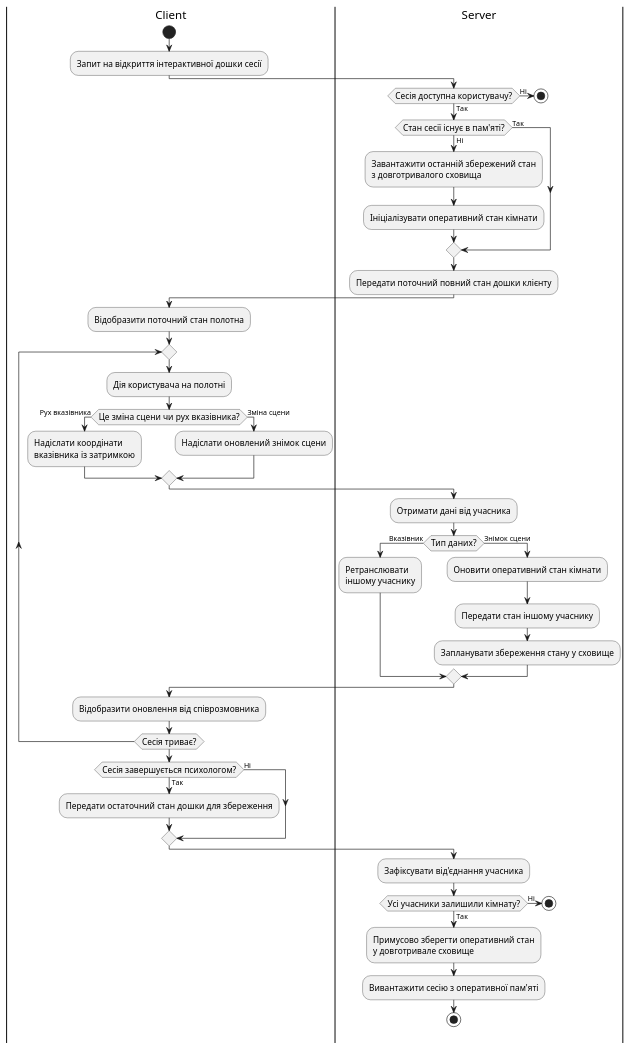
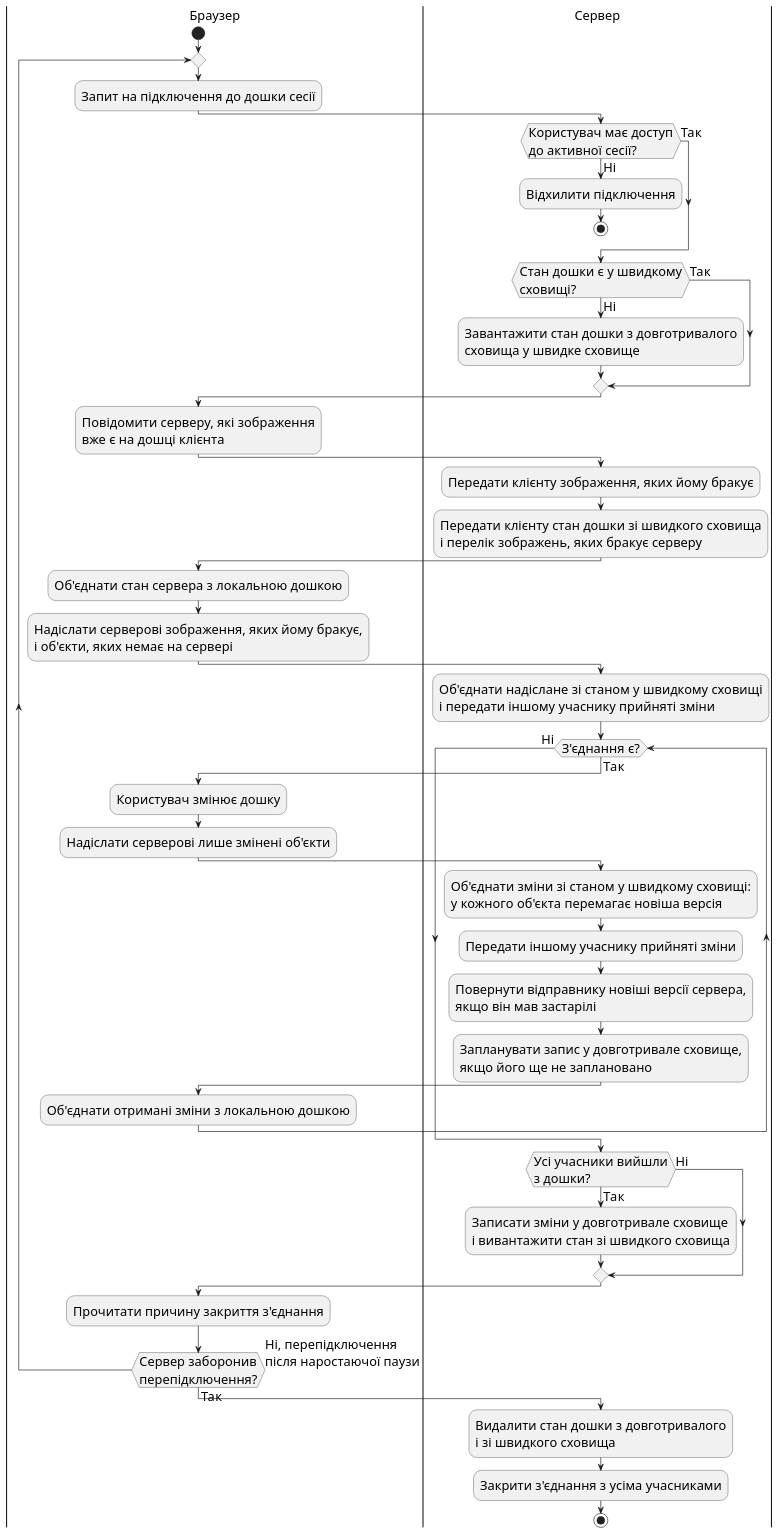
Before and after one commit to ArtemSmotritel/psycho: the diagram in docs/diagrams/specs/dodatok-K-whiteboard-activity.md, drawn with PlantUML. The commit also changed other lines of this file and 49 other files, not shown here.

```diff
--- a/docs/diagrams/specs/dodatok-K-whiteboard-activity.md
+++ b/docs/diagrams/specs/dodatok-K-whiteboard-activity.md
@@ -45,68 +17,70 @@
 @startuml
-skinparam ActivityFontSize 13
-skinparam SwimlaneHeaderFontSize 15
+skinparam defaultFontSize 20
 
-' --- 1. ІНІЦІАЛІЗАЦІЯ ТА КОНТРОЛЬ ДОСТУПУ ---
-swimlane Client
+|Браузер|
 start
-:Запит на відкриття інтерактивної дошки сесії;
 
-swimlane Server
+repeat
+  |Браузер|
+  :Запит на підключення до дошки сесії;
 
-if (Сесія доступна користувачу?) then (Ні)
-  stop
-else (Так)
-  if (Стан сесії існує в пам'яті?) then (Ні)
-    :Завантажити останній збережений стан\nз довготривалого сховища;
-    :Ініціалізувати оперативний стан кімнати;
+  |Сервер|
+  if (Користувач має доступ\nдо активної сесії?) then (Ні)
+    :Відхилити підключення;
+    stop
   else (Так)
   endif
-  :Передати поточний повний стан дошки клієнту;
-endif
-
-swimlane Client
-:Відобразити поточний стан полотна;
-
-' --- 2. ГОЛОВНИЙ ЦИКЛ СИНХРОНІЗАЦІЇ ---
-repeat
-  :Дія користувача на полотні;
-  
-  if (Це зміна сцени чи рух вказівника?) then (Рух вказівника)
-    :Надіслати коордінати\nвказівника із затримкою;
-  else (Зміна сцени)
-    :Надіслати оновлений знімок сцени;
+  if (Стан дошки є у швидкому\nсховищі?) then (Ні)
+    :Завантажити стан дошки з довготривалого\nсховища у швидке сховище;
+  else (Так)
   endif
 
-  ' --- 3. ОБРОБКА НА СЕРВЕРІ ---
-  swimlane Server
-  :Отримати дані від учасника;
-  if (Тип даних?) then (Вказівник)
-    :Ретранслювати\nіншому учаснику;
-  else (Знімок сцени)
-    :Оновити оперативний стан кімнати;
-    :Передати стан іншому учаснику;
-    :Запланувати збереження стану у сховище;
+  ' --- 1. ПОЧАТКОВА СИНХРОНІЗАЦІЯ ---
+  |Браузер|
+  :Повідомити серверу, які зображення\nвже є на дошці клієнта;
+
+  |Сервер|
+  :Передати клієнту зображення, яких йому бракує;
+  :Передати клієнту стан дошки зі швидкого сховища\nі перелік зображень, яких бракує серверу;
+
+  |Браузер|
+  :Об'єднати стан сервера з локальною дошкою;
+  :Надіслати серверові зображення, яких йому бракує,\nі об'єкти, яких немає на сервері;
+
+  |Сервер|
+  :Об'єднати надіслане зі станом у швидкому сховищі\nі передати іншому учаснику прийняті зміни;
+
+  ' --- 2. ЦИКЛ ЗМІН ---
+  while (З'єднання є?) is (Так)
+    |Браузер|
+    :Користувач змінює дошку;
+    :Надіслати серверові лише змінені об'єкти;
+
+    |Сервер|
+    :Об'єднати зміни зі станом у швидкому сховищі:\nу кожного об'єкта перемагає новіша версія;
+    :Передати іншому учаснику прийняті зміни;
+    :Повернути відправнику новіші версії сервера,\nякщо він мав застарілі;
+    :Запланувати запис у довготривале сховище,\nякщо його ще не заплановано;
+
+    |Браузер|
+    :Об'єднати отримані зміни з локальною дошкою;
+  endwhile (Ні)
+
+  ' --- 3. ВТРАТА З'ЄДНАННЯ ---
+  |Сервер|
+  if (Усі учасники вийшли\nз дошки?) then (Так)
+    :Записати зміни у довготривале сховище\nі вивантажити стан зі швидкого сховища;
+  else (Ні)
   endif
 
-  swimlane Client
-  :Відобразити оновлення від співрозмовника;
+  |Браузер|
+  :Прочитати причину закриття з'єднання;
+repeat while (Сервер заборонив\nперепідключення?) is (Ні, перепідключення\nпісля наростаючої паузи) not (Так)
 
-repeat while (Сесія триває?)
-
-' --- 4. ЗАВЕРШЕННЯ СЕСІЇ ТА ВИВАНТАЖЕННЯ ---
-if (Сесія завершується психологом?) then (Так)
-  :Передати остаточний стан дошки для збереження;
-else (Ні)
-endif
-
-swimlane Server
-:Зафіксувати від'єднання учасника;
-if (Усі учасники залишили кімнату?) then (Так)
-  :Примусово зберегти оперативний стан\nу довготривале сховище;
-  :Вивантажити сесію з оперативної пам'яті;
-  stop
-else (Ні)
-  stop
-endif
+' --- 4. ЗАВЕРШЕННЯ СЕСІЇ ---
+|Сервер|
+:Видалити стан дошки з довготривалого\nі зі швидкого сховища;
+:Закрити з'єднання з усіма учасниками;
+stop
 
 @enduml
```
